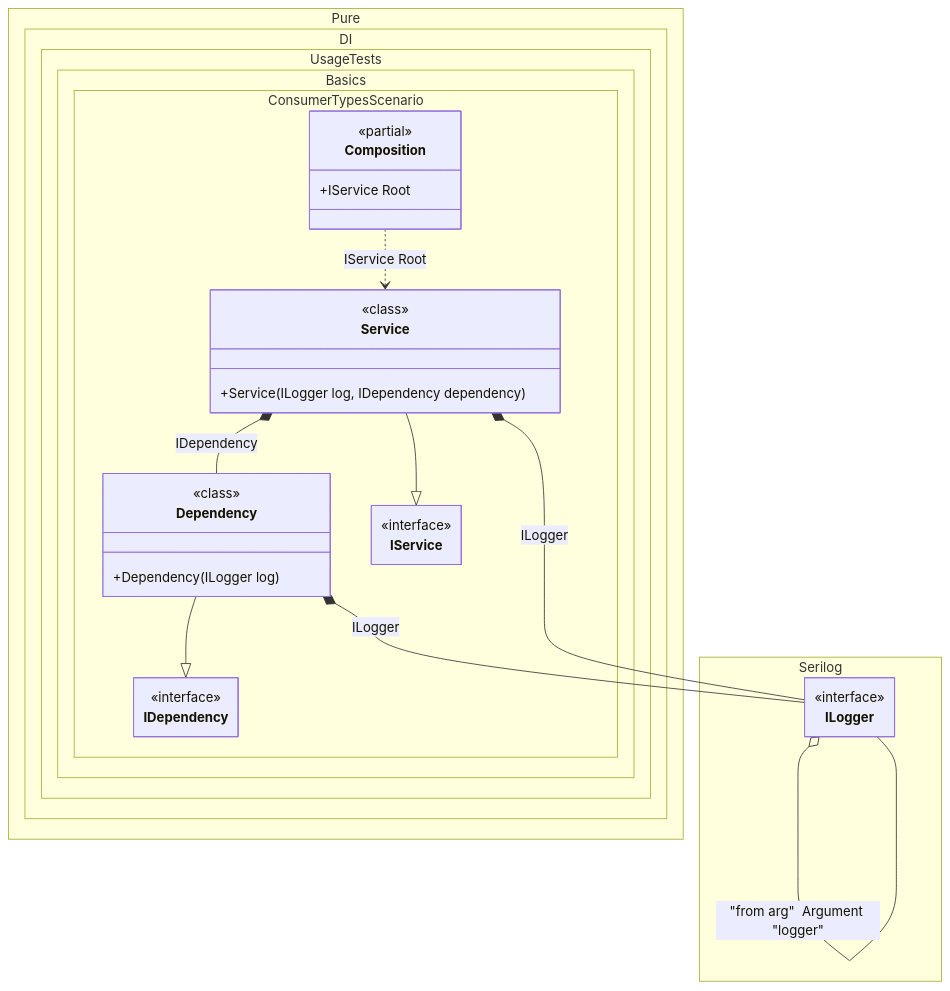
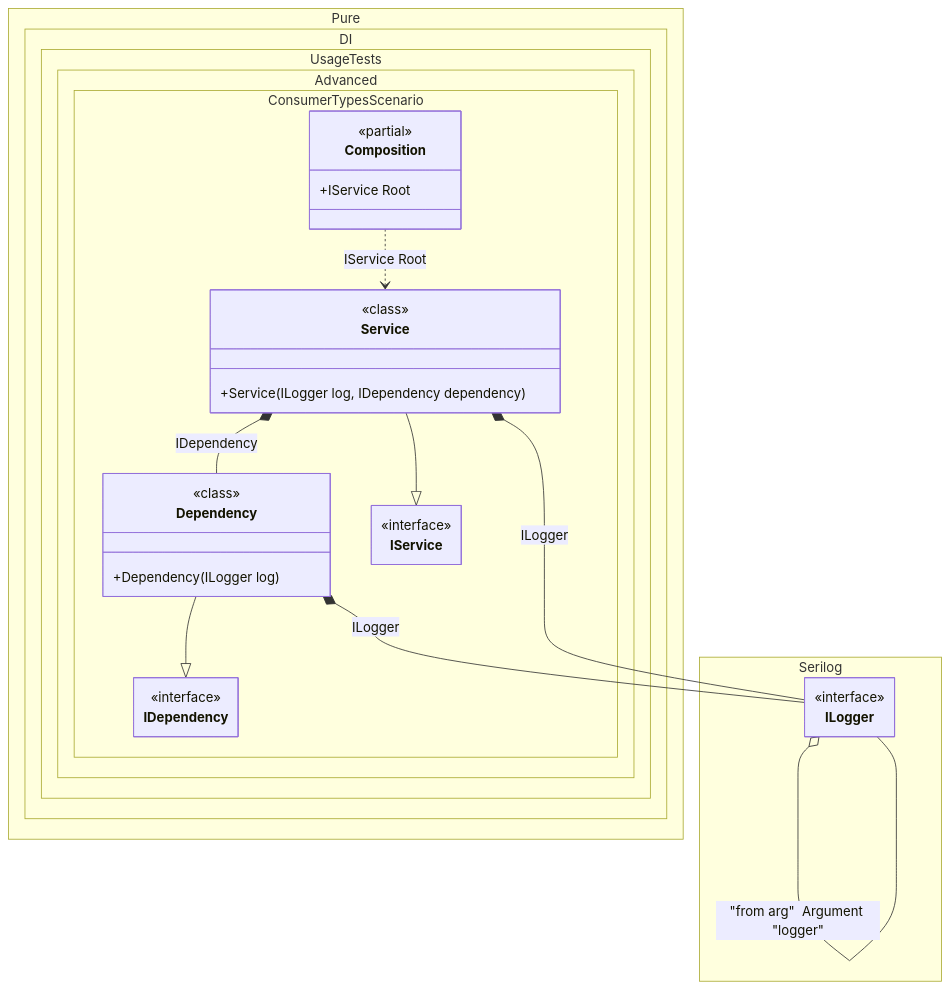
One commit to DevTeam/Pure.DI changed the diagram in readme/consumer-types.md. Above: the diagram before and after it, drawn with Mermaid. The commit also changed 191 other files, not shown here.

````diff
--- a/readme/consumer-types.md
+++ b/readme/consumer-types.md
@@ -142,42 +142,42 @@
 ```mermaid
 ---
  config:
   maxTextSize: 2147483647
   maxEdges: 2147483647
   class:
    hideEmptyMembersBox: true
 ---
 classDiagram
 	Dependency --|> IDependency
 	Service --|> IService
 	Composition ..> Service : IService Root
 	ILogger o-- ILogger : "from arg"  Argument "logger"
 	Dependency *--  ILogger : ILogger
 	Service *--  ILogger : ILogger
 	Service *--  Dependency : IDependency
-	namespace Pure.DI.UsageTests.Basics.ConsumerTypesScenario {
+	namespace Pure.DI.UsageTests.Advanced.ConsumerTypesScenario {
 		class Composition {
 		<<partial>>
 		+IService Root
 		}
 		class Dependency {
 				<<class>>
 			+Dependency(ILogger log)
 		}
 		class IDependency {
 			<<interface>>
 		}
 		class IService {
 			<<interface>>
 		}
 		class Service {
 				<<class>>
 			+Service(ILogger log, IDependency dependency)
 		}
 	}
 	namespace Serilog {
 		class ILogger {
 				<<interface>>
 		}
 	}
 ```
````
